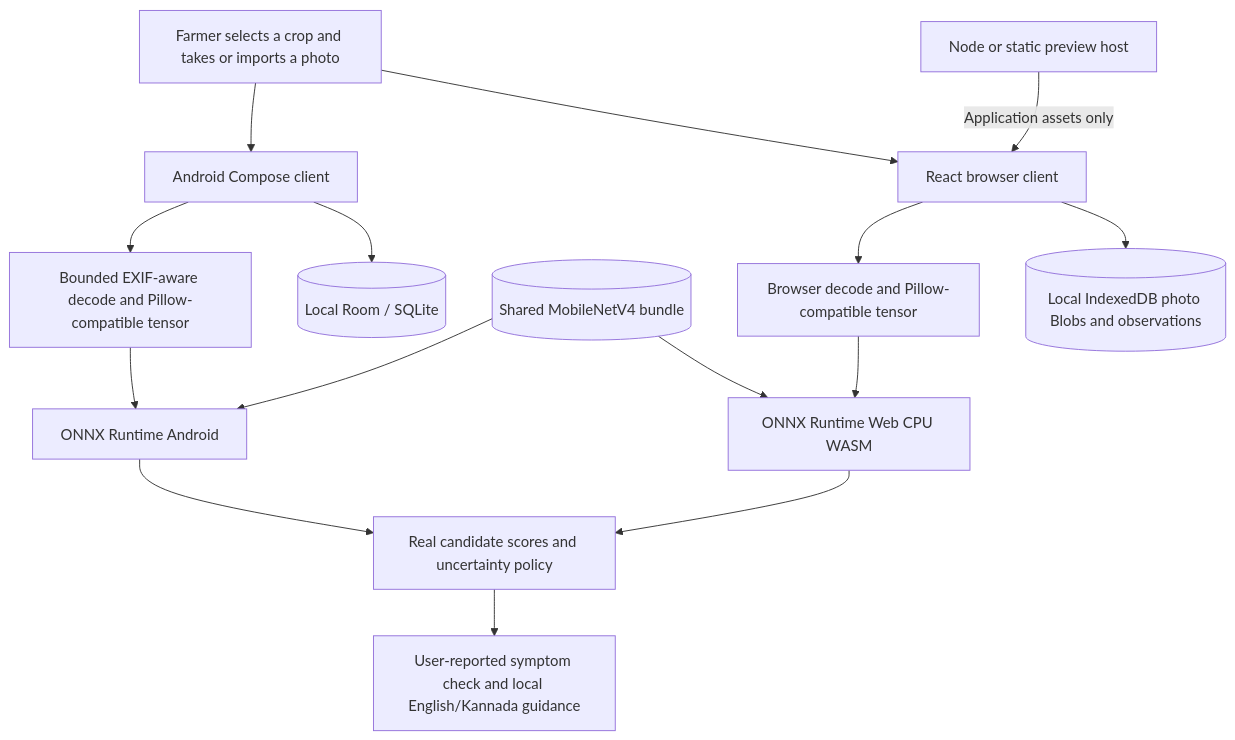
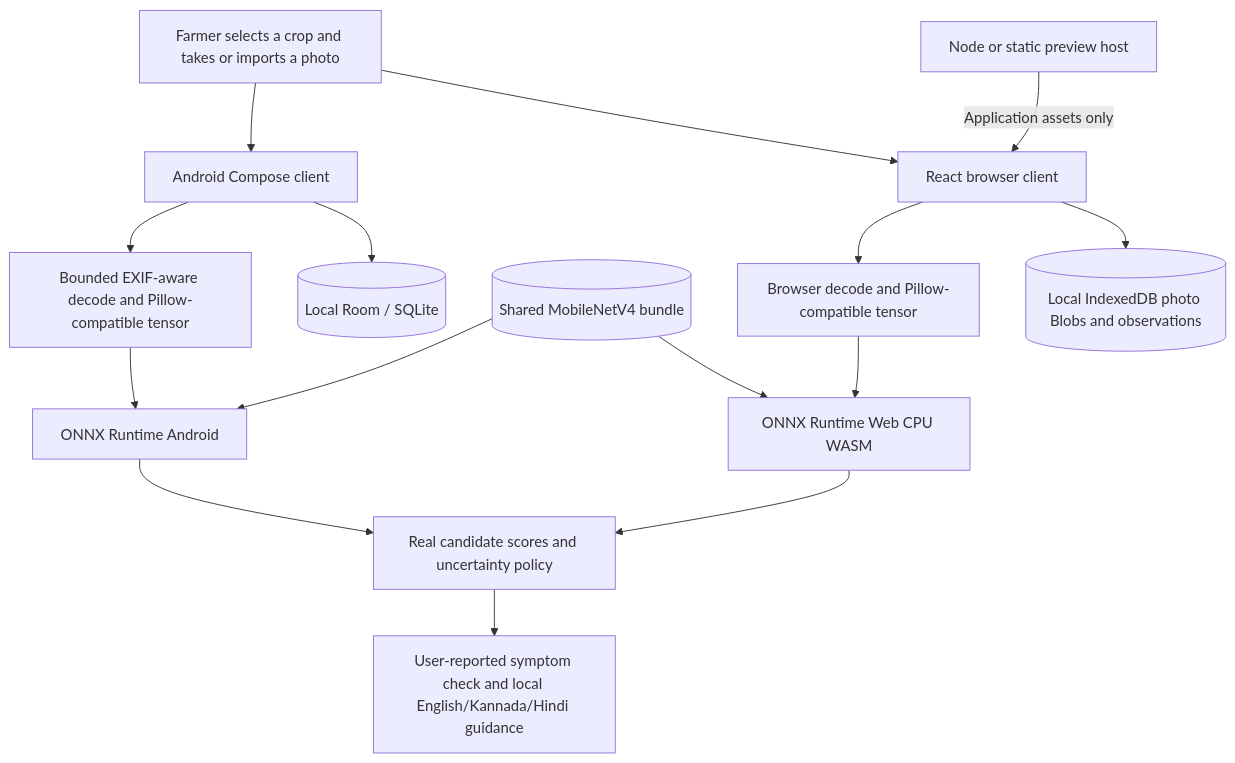
One commit to salecha-codes/Build_Beyond changed the diagram in docs/REPOSITORY_STRUCTURE.md. Above: the diagram before and after it, drawn with Mermaid. The commit also changed other lines of this file and 59 other files, not shown here.

Commit message:
Add Hindi interface, guidance and offline neural narration

````diff
--- a/docs/REPOSITORY_STRUCTURE.md
+++ b/docs/REPOSITORY_STRUCTURE.md
@@ -31,18 +31,18 @@
 ```mermaid
 flowchart TD
     Photo[Farmer selects a crop and takes or imports a photo]
     Photo --> Native[Android Compose client]
     Photo --> Web[React browser client]
     Native --> NPrep[Bounded EXIF-aware decode and Pillow-compatible tensor]
     Web --> WPrep[Browser decode and Pillow-compatible tensor]
     Bundle[(Shared MobileNetV4 bundle)] --> ORTA[ONNX Runtime Android]
     Bundle --> ORTW[ONNX Runtime Web CPU WASM]
     NPrep --> ORTA
     WPrep --> ORTW
     ORTA --> Gate[Real candidate scores and uncertainty policy]
     ORTW --> Gate
-    Gate --> Guide[User-reported symptom check and local English/Kannada guidance]
+    Gate --> Guide[User-reported symptom check and local English/Kannada/Hindi guidance]
     Native --> Room[(Local Room / SQLite)]
     Web --> IDB[(Local IndexedDB photo Blobs and observations)]
     Host[Node or static preview host] -->|Application assets only| Web
 ```
````
